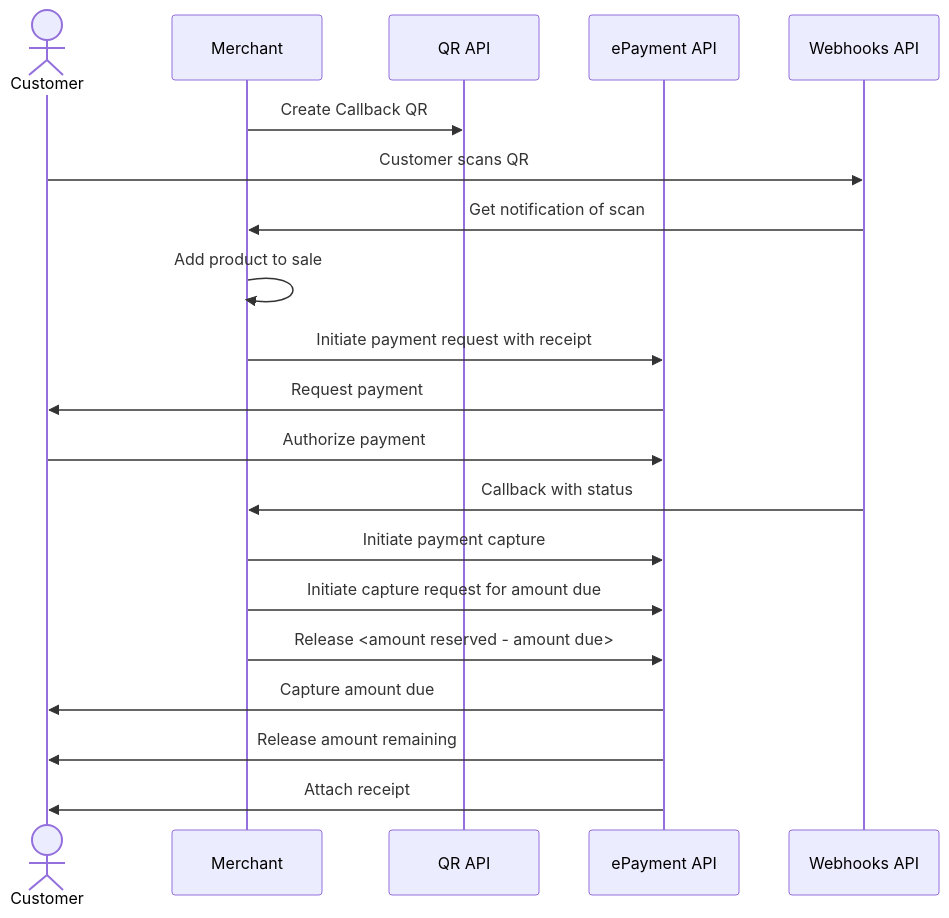
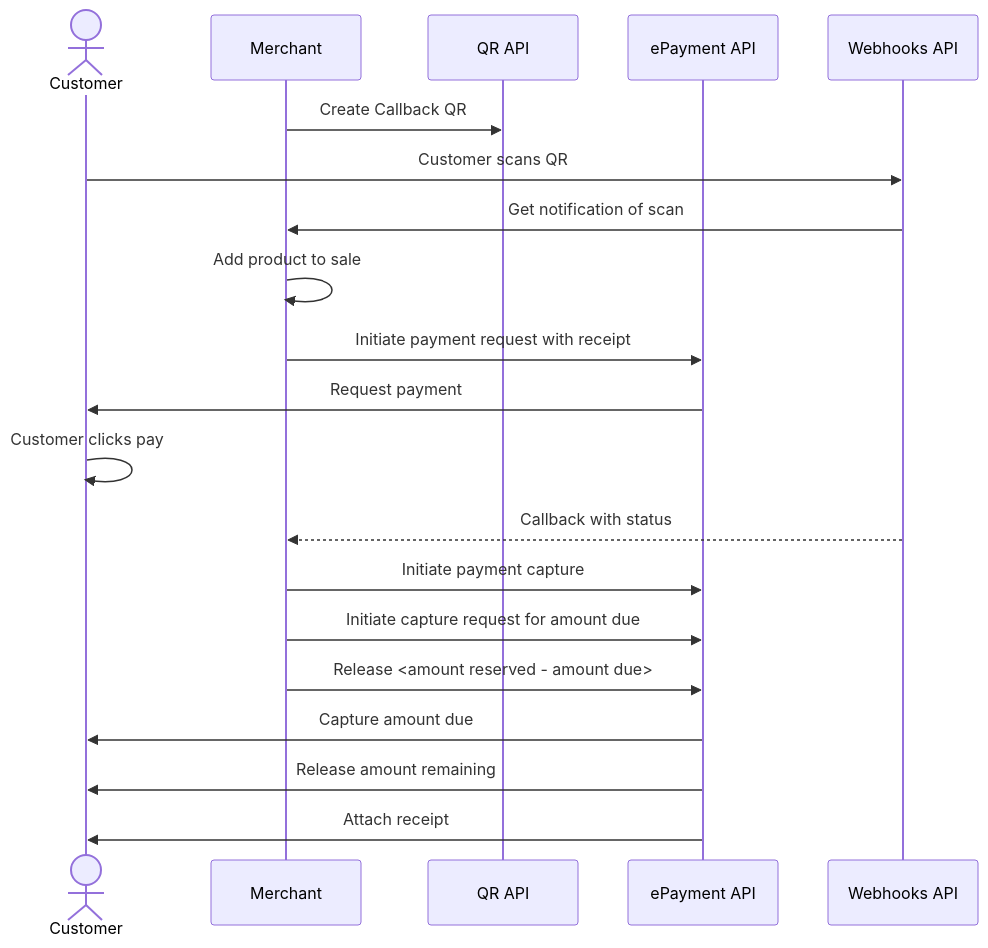
The diagram in vending-machines/qr-direct-to-payment-in-app.md (vippsas/vipps-solutions), drawn with Mermaid before and after one commit. The commit also changed 17 other files, not shown here.

Commit message:
Updates for customer approving and consenting in sequence diagrams

````diff
--- a/vending-machines/qr-direct-to-payment-in-app.md
+++ b/vending-machines/qr-direct-to-payment-in-app.md
@@ -228,23 +228,23 @@
 ``` mermaid
 sequenceDiagram
     actor C as Customer
     participant M as Merchant
     participant QR as QR API
     participant ePayment as ePayment API
     participant Webhooks as Webhooks API
 
     M->>QR: Create Callback QR
     C->>Webhooks: Customer scans QR
     Webhooks->>M: Get notification of scan
     M->>M: Add product to sale
     M->>ePayment: Initiate payment request with receipt
     ePayment->>C: Request payment
-    C->>ePayment: Authorize payment
-    Webhooks->>M: Callback with status
+    C->>C: Customer clicks pay
+    Webhooks-->>M: Callback with status
     M->>ePayment: Initiate payment capture
     M->>ePayment: Initiate capture request for amount due
     M->>ePayment: Release <amount reserved - amount due>
     ePayment->>C: Capture amount due
     ePayment->>C: Release amount remaining
     ePayment->>C: Attach receipt
 ```
````
